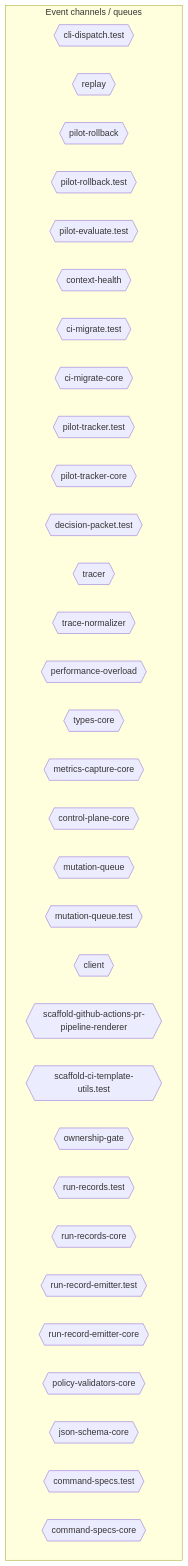
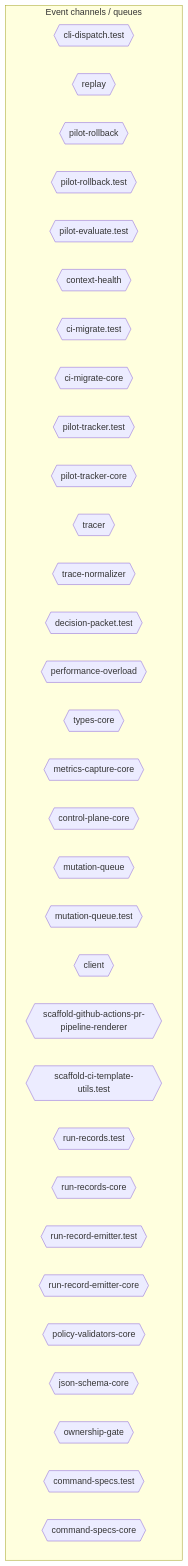
The sixth of 10 diagrams in AI/context/diagram-context.md (jscraik/coding-harness), drawn with Mermaid before and after one commit. The commit also changed other lines of this file and 68 other files, not shown here.

````diff
--- a/AI/context/diagram-context.md
+++ b/AI/context/diagram-context.md
@@ -2408,38 +2403,38 @@
 ```mermaid
 flowchart TD
   subgraph Channels["Event channels / queues"]
     cli_dispatch_test_54c9f17b{{"cli-dispatch.test"}}
     replay_ac203c98{{"replay"}}
     pilot_rollback_00c1f82c{{"pilot-rollback"}}
     pilot_rollback_test_e61d5a2b{{"pilot-rollback.test"}}
     pilot_evaluate_test_a2ac06fc{{"pilot-evaluate.test"}}
     context_health_80bb7da9{{"context-health"}}
     ci_migrate_test_2a015bb9{{"ci-migrate.test"}}
     ci_migrate_core_7005b5af{{"ci-migrate-core"}}
     pilot_tracker_test_80398a66{{"pilot-tracker.test"}}
     pilot_tracker_core_80d8ac96{{"pilot-tracker-core"}}
-    decision_packet_test_9ea0e97b{{"decision-packet.test"}}
     tracer_1e6243a2{{"tracer"}}
     trace_normalizer_cb1be1d2{{"trace-normalizer"}}
+    decision_packet_test_9ea0e97b{{"decision-packet.test"}}
     performance_overload_c685bfcf{{"performance-overload"}}
     types_core_e405ddca{{"types-core"}}
     metrics_capture_core_db4bf7cf{{"metrics-capture-core"}}
     control_plane_core_db3b4cb2{{"control-plane-core"}}
     mutation_queue_ce5a530e{{"mutation-queue"}}
     mutation_queue_test_10b599e8{{"mutation-queue.test"}}
     client_1_914e1681{{"client"}}
     scaffold_github_actions_pr_pipeline_renderer_1ee18de5{{"scaffold-github-actions-pr-pipeline-renderer"}}
     scaffold_ci_template_utils_test_b94825d9{{"scaffold-ci-template-utils.test"}}
-    ownership_gate_2e194d13{{"ownership-gate"}}
     run_records_test_3ee6a0e3{{"run-records.test"}}
     run_records_core_89286dfa{{"run-records-core"}}
     run_record_emitter_test_5475c0da{{"run-record-emitter.test"}}
     run_record_emitter_core_688049d5{{"run-record-emitter-core"}}
     policy_validators_core_714a3fe7{{"policy-validators-core"}}
     json_schema_core_96d7e328{{"json-schema-core"}}
+    ownership_gate_2e194d13{{"ownership-gate"}}
     command_specs_test_7f693e85{{"command-specs.test"}}
     command_specs_core_1c0ffc99{{"command-specs-core"}}
   end
   classDef eventNode fill:#db2777,color:#fff
 
 ```
````
